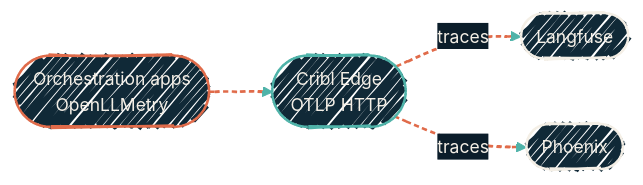
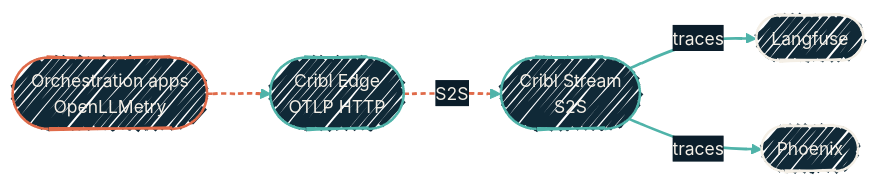
One commit to dryvist/docs changed the fifth of 8 diagrams in observability/pipeline-flows.mdx. Above: the diagram before and after it, drawn with Mermaid. The commit also changed other lines of this file and 100 other files, not shown here.

````diff
--- a/observability/pipeline-flows.mdx
+++ b/observability/pipeline-flows.mdx
@@ -232,26 +242,29 @@
 ```mermaid
 %%{init:
   {'theme':'base','look':'handDrawn','themeVariables':{'fontFamily':'Geist','fontSize':'14px','primaryColor':'#102937','primaryTextColor':'#F4EFE6','primaryBorderColor':'#4FB3A9','lineColor':'#4FB3A9','secondaryColor':'#0B1D2A','tertiaryColor':'#1A2A38','clusterBkg':'rgba(79,179,169,0.08)','clusterBorder':'#4FB3A9'}}}%%
   flowchart LR
   Apps([Orchestration apps<br/>OpenLLMetry])
   Edge([Cribl Edge<br/>OTLP HTTP])
+  Stream([Cribl Stream<br/>S2S])
   LF([Langfuse])
   PX([Phoenix])
 
   Apps --> Edge
-  Edge -->|traces| LF
-  Edge -->|traces| PX
+  Edge -->|S2S| Stream
+  Stream -->|traces| LF
+  Stream -->|traces| PX
 
   classDef ai   fill:#102937,stroke:#E06B4A,stroke-width:2px,color:#F4EFE6;
   classDef hop  fill:#102937,stroke:#4FB3A9,stroke-width:2px,color:#F4EFE6;
   classDef sink fill:#102937,stroke:#F4EFE6,stroke-width:2px,color:#F4EFE6;
 
   class Apps ai
-  class Edge hop
+  class Edge,Stream hop
   class LF,PX sink
 
   click LF "/observability/llm-observability" "Langfuse and the OTLP path"
   click PX "/observability/phoenix" "Arize Phoenix: evals and experiments"
 
-  linkStyle 0,1,2 stroke:#E06B4A,stroke-width:2px,stroke-dasharray:4 3;
+  linkStyle 0,1 stroke:#E06B4A,stroke-width:2px,stroke-dasharray:4 3;
+  linkStyle 2,3 stroke:#4FB3A9,stroke-width:2px;
 ```
````
